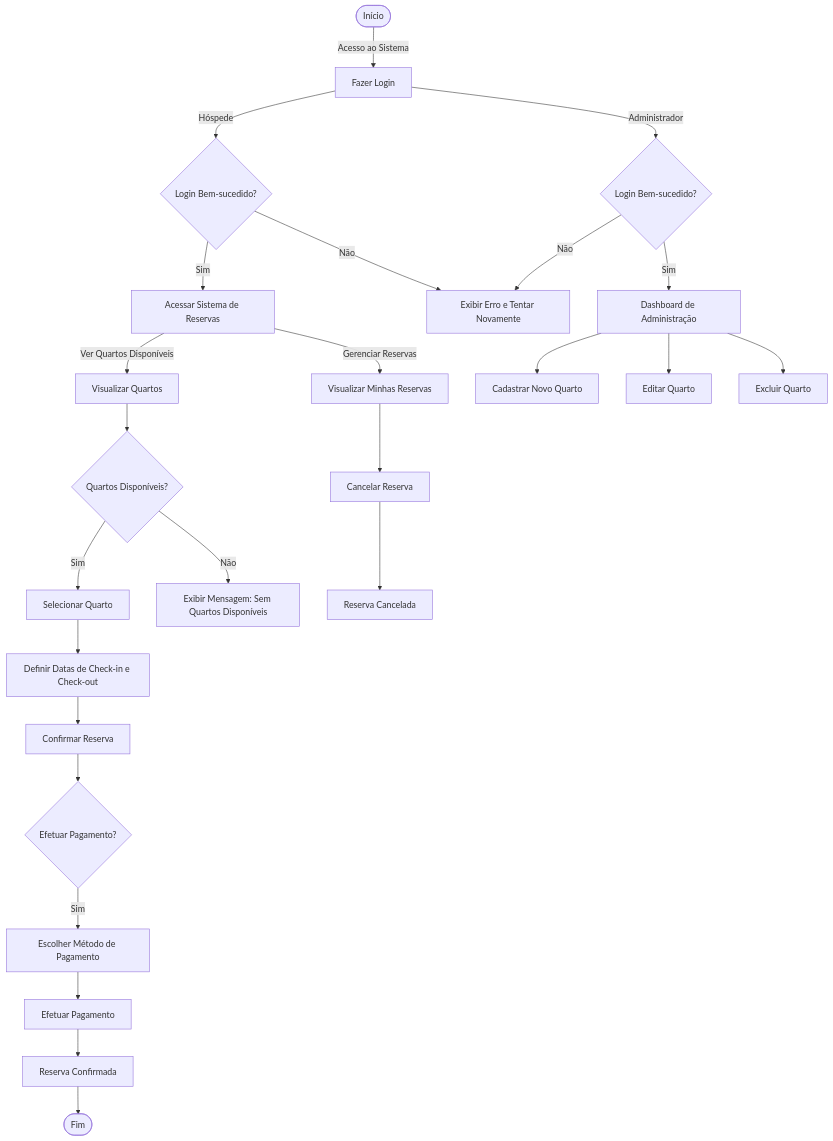
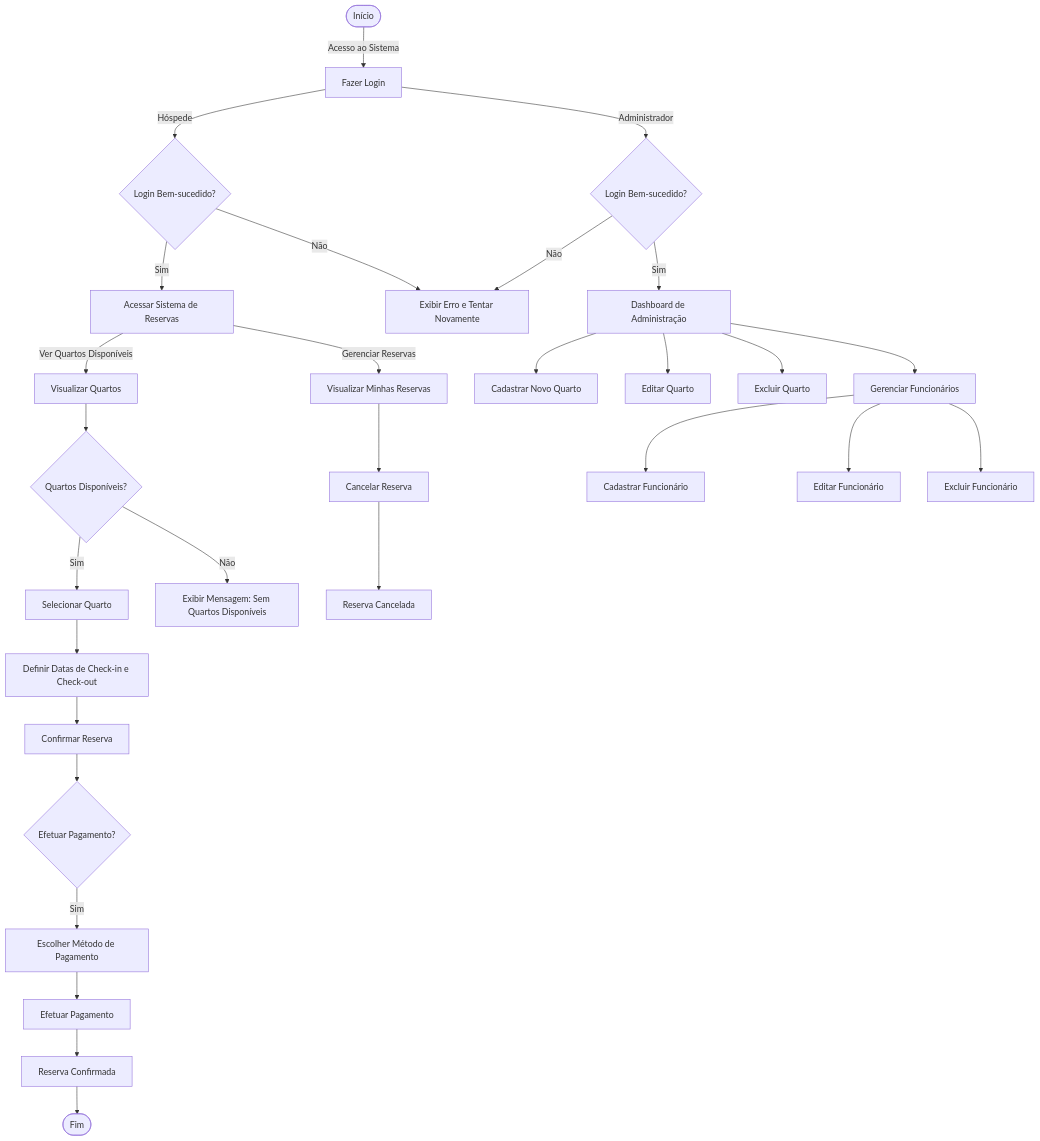
The third of 3 diagrams in README.md (epicestudar/Hostly-java-interface), drawn with Mermaid before and after one commit. The commit also changed other lines of this file, not shown here.

````diff
--- a/README.md
+++ b/README.md
@@ -167,34 +185,41 @@
 ```mermaid
 flowchart TD
     Start([Início]) -->|Acesso ao Sistema| A[Fazer Login]
+    
     A -->|Hóspede| B{Login Bem-sucedido?}
     B -- Sim --> C[Acessar Sistema de Reservas]
     B -- Não --> D[Exibir Erro e Tentar Novamente]
 
     C -->|Ver Quartos Disponíveis| E[Visualizar Quartos]
     E --> F{Quartos Disponíveis?}
     F -- Sim --> G[Selecionar Quarto]
     F -- Não --> H[Exibir Mensagem: Sem Quartos Disponíveis]
     
     G --> I[Definir Datas de Check-in e Check-out]
     I --> J[Confirmar Reserva]
     J --> K{Efetuar Pagamento?}
     K -- Sim --> L[Escolher Método de Pagamento]
     L --> M[Efetuar Pagamento]
     M --> O[Reserva Confirmada]
     
     O --> End([Fim])
 
     C -->|Gerenciar Reservas| P[Visualizar Minhas Reservas]
     P --> Q[Cancelar Reserva]
     Q --> R[Reserva Cancelada]
 
     A -->|Administrador| S{Login Bem-sucedido?}
     S -- Sim --> T[Dashboard de Administração]
     T --> U[Cadastrar Novo Quarto]
     T --> V[Editar Quarto]
     T --> W[Excluir Quarto]
+    
+    T --> X[Gerenciar Funcionários]
+    X --> Y[Cadastrar Funcionário]
+    X --> Z[Editar Funcionário]
+    X --> AA[Excluir Funcionário]
+
     S -- Não --> D
 
 
 ```
````
